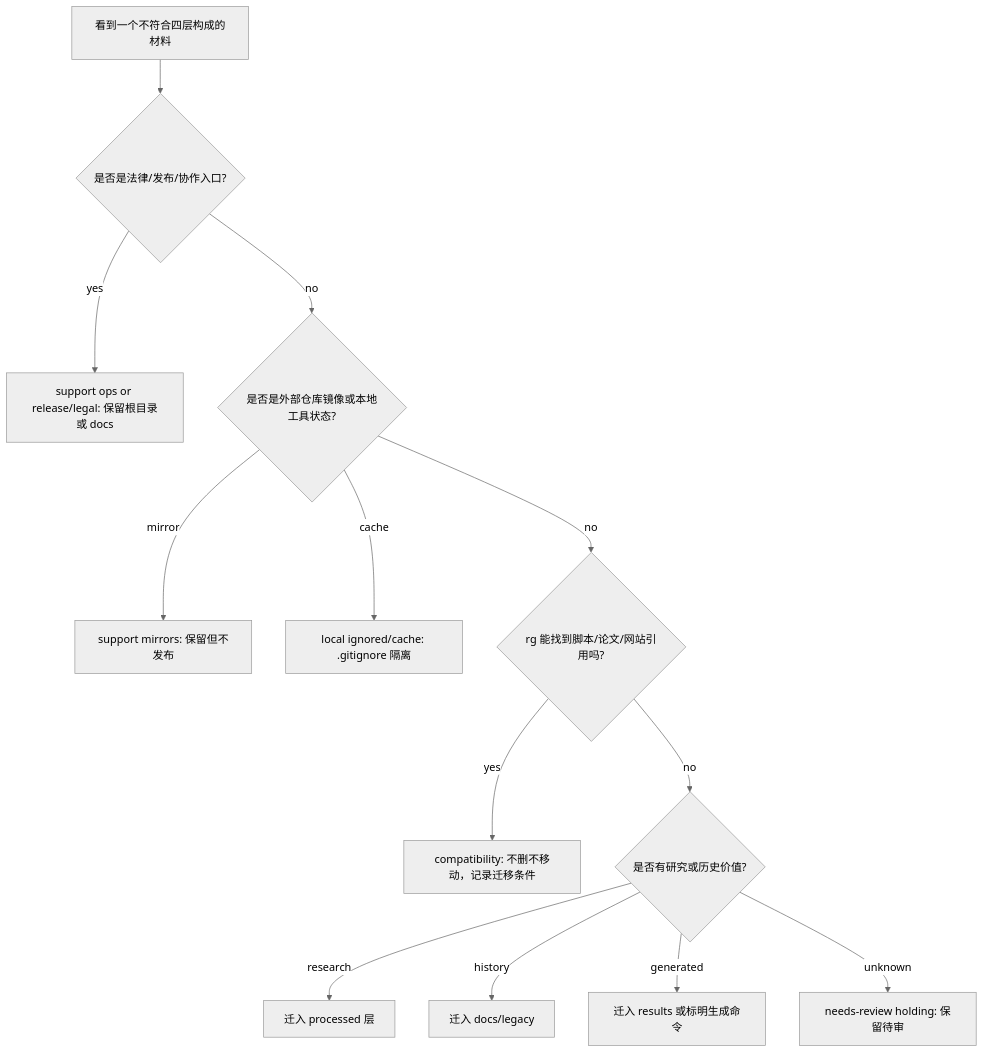
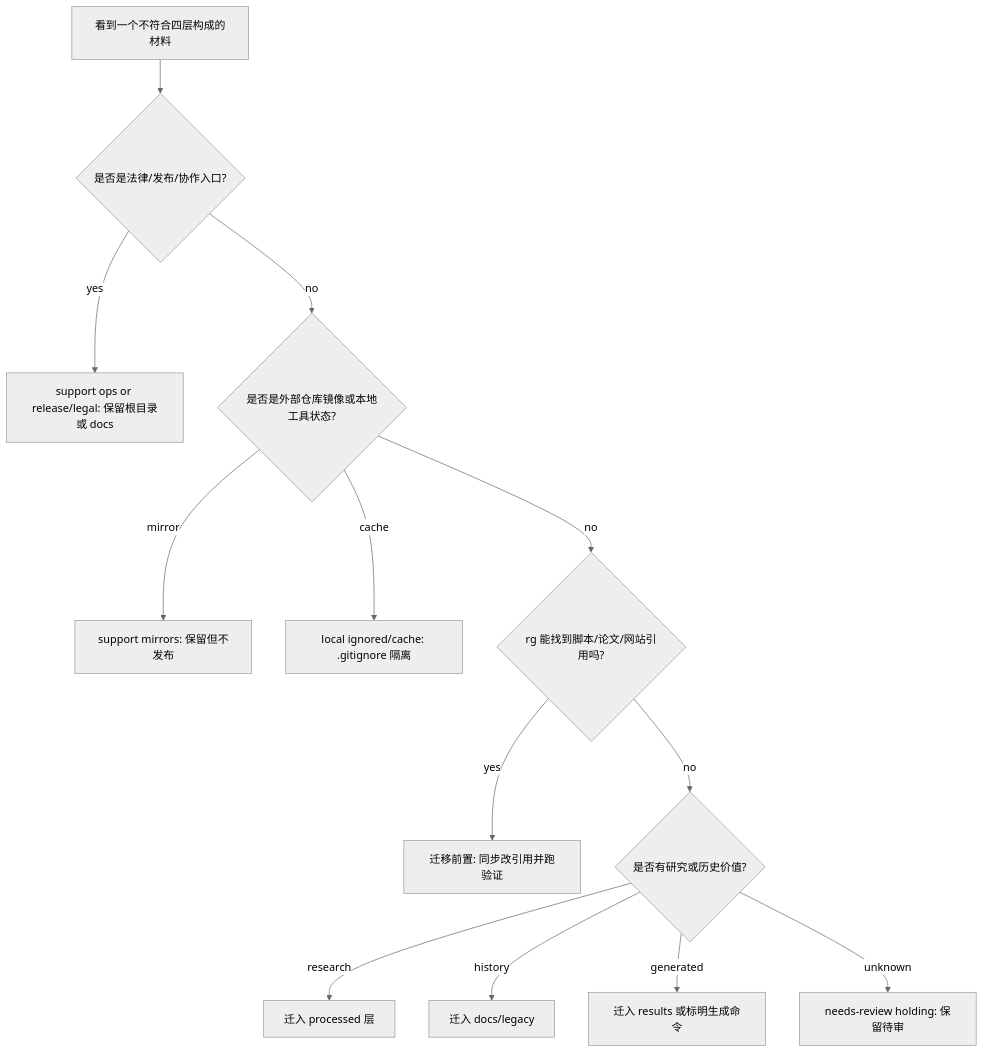
One commit to Shiyao-Huang/awesome-agent-evolution changed the diagram in docs/project-management/noncanonical-cleanup-policy.md. Above: the diagram before and after it, drawn with Mermaid (neutral theme). The commit also changed other lines of this file and 102 other files, not shown here.

````diff
--- a/docs/project-management/noncanonical-cleanup-policy.md
+++ b/docs/project-management/noncanonical-cleanup-policy.md
@@ -36,15 +37,15 @@
 ```mermaid
 flowchart TD
   A["看到一个不符合四层构成的材料"] --> B{"是否是法律/发布/协作入口?"}
   B -- yes --> OPS["support ops or release/legal: 保留根目录或 docs"]
   B -- no --> C{"是否是外部仓库镜像或本地工具状态?"}
   C -- mirror --> MIRROR["support mirrors: 保留但不发布"]
   C -- cache --> CACHE["local ignored/cache: .gitignore 隔离"]
   C -- no --> D{"rg 能找到脚本/论文/网站引用吗?"}
-  D -- yes --> COMPAT["compatibility: 不删不移动，记录迁移条件"]
+  D -- yes --> COMPAT["迁移前置: 同步改引用并跑验证"]
   D -- no --> E{"是否有研究或历史价值?"}
   E -- research --> PROC["迁入 processed 层"]
   E -- history --> LEGACY["迁入 docs/legacy"]
   E -- generated --> RESULT["迁入 results 或标明生成命令"]
   E -- unknown --> HOLD["needs-review holding: 保留待审"]
 ```
````
